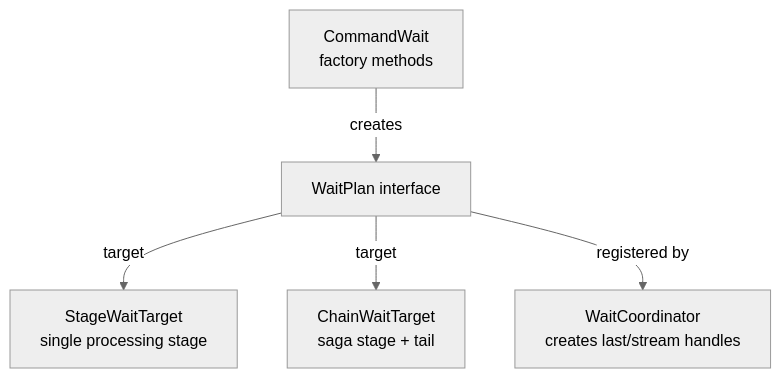
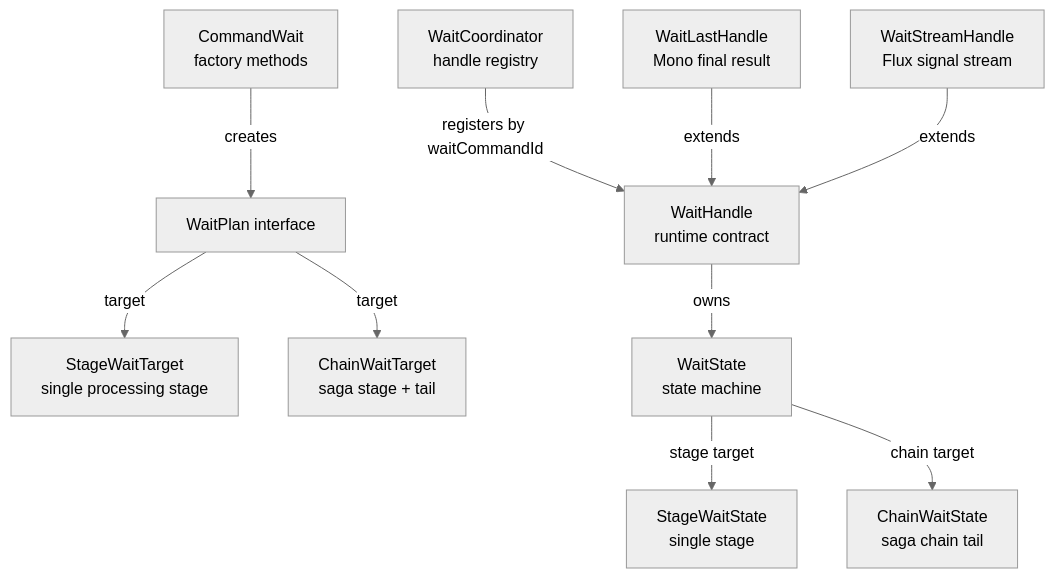
Before and after one commit to Ahoo-Wang/Wow: the third of 3 diagrams in documentation/docs/en/guide/command-gateway.md, drawn with Mermaid (neutral theme). The commit also changed other lines of this file and 11 other files, not shown here.

Commit message:
docs(core): update wait handle architecture docs

````diff
--- a/documentation/docs/en/guide/command-gateway.md
+++ b/documentation/docs/en/guide/command-gateway.md
@@ -614,14 +614,25 @@
 ```mermaid
 graph TB
     WS[WaitPlan interface]
     SWT[StageWaitTarget<br>single processing stage]
     CWT[ChainWaitTarget<br>saga stage + tail]
     CW[CommandWait<br>factory methods]
-    HC[WaitCoordinator<br>creates last/stream handles]
+    HC[WaitCoordinator<br>handle registry]
+    WH[WaitHandle<br>runtime contract]
+    WL[WaitLastHandle<br>Mono final result]
+    WF[WaitStreamHandle<br>Flux signal stream]
+    ST[WaitState<br>state machine]
+    SWS[StageWaitState<br>single stage]
+    CWS[ChainWaitState<br>saga chain tail]
 
     CW -->|creates| WS
     WS -->|target| SWT
     WS -->|target| CWT
-    WS -->|registered by| HC
+    HC -->|registers by waitCommandId| WH
+    WL -->|extends| WH
+    WF -->|extends| WH
+    WH -->|owns| ST
+    ST -->|stage target| SWS
+    ST -->|chain target| CWS
 
 ```
````
